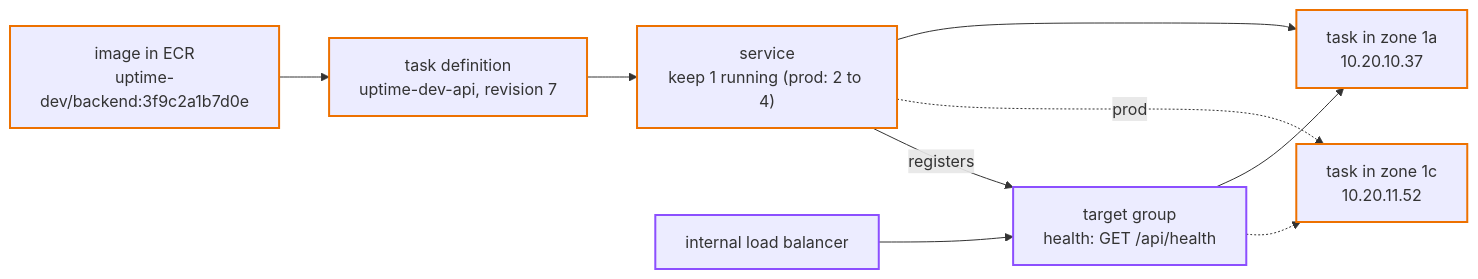
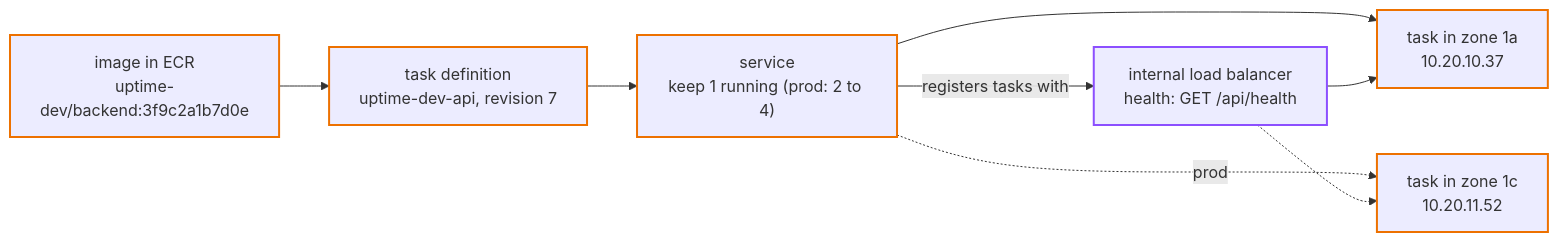
Before and after one commit to shadreza/aws-three-tier-cloud-ref-architecture: the first of 2 diagrams in docs/storybook/08-compute.md, drawn with Mermaid. The commit also changed other lines of this file and 23 other files, not shown here.

````diff
--- a/docs/storybook/08-compute.md
+++ b/docs/storybook/08-compute.md
@@ -43,15 +29,14 @@
 ```mermaid
 flowchart LR
     img["image in ECR<br/>uptime-dev/backend:3f9c2a1b7d0e"] --> td["task definition<br/>uptime-dev-api, revision 7"]
     td --> svc["service<br/>keep 1 running (prod: 2 to 4)"]
     svc --> t1["task in zone 1a<br/>10.20.10.37"]
     svc -. "prod" .-> t2["task in zone 1c<br/>10.20.11.52"]
-    svc -- "registers" --> tg["target group<br/>health: GET /api/health"]
-    alb["internal load balancer"] --> tg
-    tg --> t1
-    tg -.-> t2
+    svc -- "registers tasks with" --> alb["internal load balancer<br/>health: GET /api/health"]
+    alb --> t1
+    alb -.-> t2
     classDef compute stroke:#ED7100,stroke-width:2px
     classDef network stroke:#8C4FFF,stroke-width:2px
     class img,td,svc,t1,t2 compute
-    class alb,tg network
+    class alb network
 ```
````
